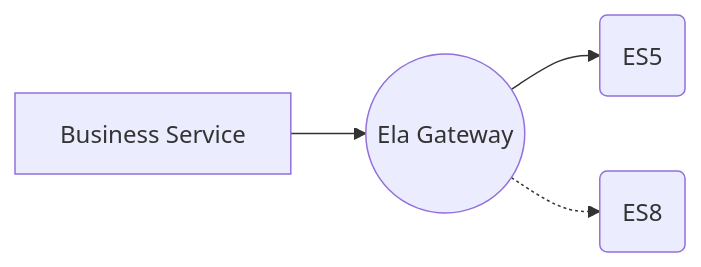
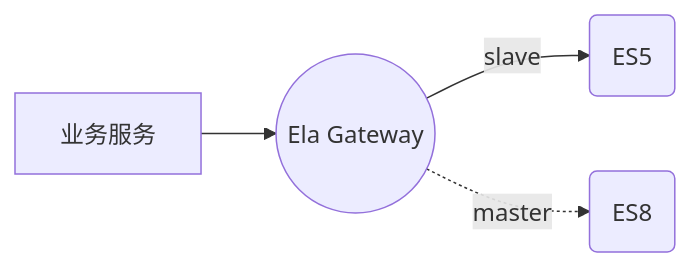
The first of 5 diagrams in manual/en/01-Elasticsearch Data Migration Overall Solution.md (CharellKing/ela), drawn with Mermaid before and after one commit. The commit also changed other lines of this file and 1 other file, not shown here.

Commit message:
update mermaid code

````diff
--- a/manual/en/01-Elasticsearch Data Migration Overall Solution.md
+++ b/manual/en/01-Elasticsearch Data Migration Overall Solution.md
@@ -33,6 +34,6 @@
 ```mermaid
 graph LR
-    A[Business Service] --> B((Ela Gateway))
-    B --> C(ES5)
-    B -.-> D(ES8)
+    A[业务服务] --> B((Ela Gateway))    
+    B --slave--> C(ES5)
+    B -.master-.-> D(ES8)
 ```
````
